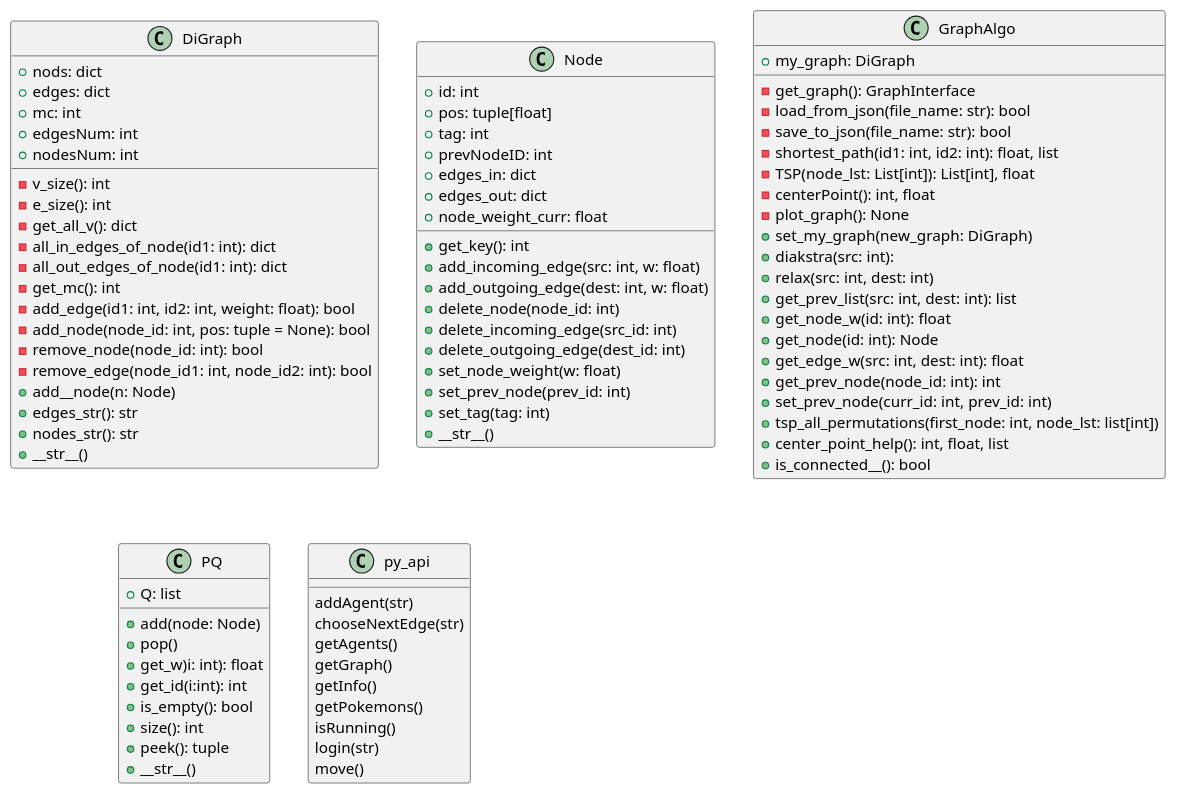
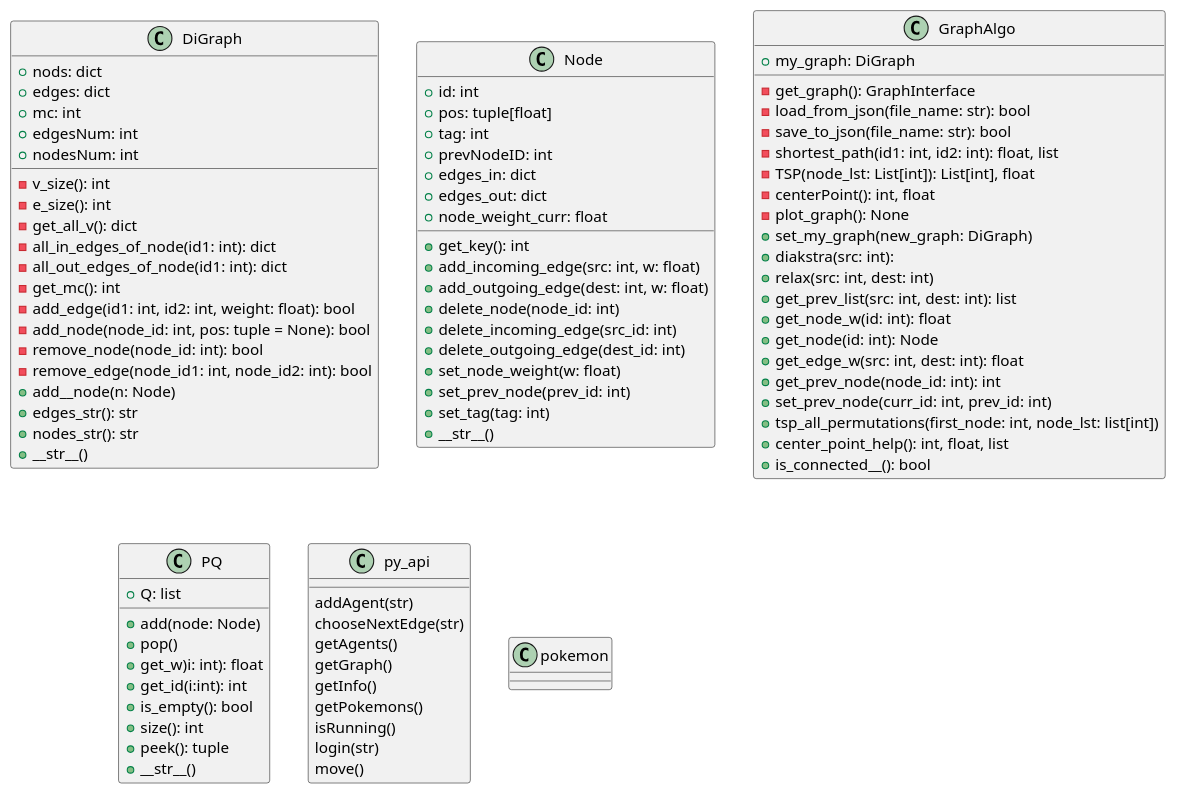
One commit to Matanel1995/OOP-Ex4-Pokemon-Game changed the diagram in docs/OOP_Ex4_uml.puml. Above: the diagram before and after it, drawn with PlantUML. The commit also changed 1 other file, not shown here.

```diff
--- a/docs/OOP_Ex4_uml.puml
+++ b/docs/OOP_Ex4_uml.puml
@@ -2,96 +2,100 @@
 @startuml
 
 
 class DiGraph{
 +nods: dict
 +edges: dict
 +mc: int
 +edgesNum: int
 +nodesNum: int
 -v_size(): int
 -e_size(): int
 -get_all_v(): dict
 -all_in_edges_of_node(id1: int): dict
 -all_out_edges_of_node(id1: int): dict
 -get_mc(): int
 -add_edge(id1: int, id2: int, weight: float): bool
 -add_node(node_id: int, pos: tuple = None): bool
 -remove_node(node_id: int): bool
 -remove_edge(node_id1: int, node_id2: int): bool
 +add__node(n: Node)
 +edges_str(): str
 +nodes_str(): str
 +__str__()
 }
 
 class Node{
 +id: int
 +pos: tuple[float]
 +tag: int
 +prevNodeID: int
 +edges_in: dict
 +edges_out: dict
 +node_weight_curr: float
 +get_key(): int
 +add_incoming_edge(src: int, w: float)
 +add_outgoing_edge(dest: int, w: float)
 +delete_node(node_id: int)
 +delete_incoming_edge(src_id: int)
 +delete_outgoing_edge(dest_id: int)
 +set_node_weight(w: float)
 +set_prev_node(prev_id: int)
 +set_tag(tag: int)
 +__str__()
 }
 
 class GraphAlgo{
 +my_graph: DiGraph
 -get_graph(): GraphInterface
 -load_from_json(file_name: str): bool
 -save_to_json(file_name: str): bool
 -shortest_path(id1: int, id2: int): float, list
 -TSP(node_lst: List[int]): List[int], float
 -centerPoint(): int, float
 -plot_graph(): None
 +set_my_graph(new_graph: DiGraph)
 +diakstra(src: int):
 +relax(src: int, dest: int)
 +get_prev_list(src: int, dest: int): list
 +get_node_w(id: int): float
 +get_node(id: int): Node
 '+get_node_tag(id: int): int
 '+set_node_tag(id: int, tag)
 '+set_path_w(id: int, w: float)
 +get_edge_w(src: int, dest: int): float
 +get_prev_node(node_id: int): int
 +set_prev_node(curr_id: int, prev_id: int)
 +tsp_all_permutations(first_node: int, node_lst: list[int])
 +center_point_help(): int, float, list
 +is_connected__(): bool
 }
 
 class PQ{
 +Q: list
 +add(node: Node)
 +pop()
 +get_w)i: int): float
 +get_id(i:int): int
 +is_empty(): bool
 +size(): int
 +peek(): tuple
 +__str__()
 }
 
 class py_api{
 addAgent(str)
 chooseNextEdge(str)
 getAgents()
 getGraph()
 getInfo()
 getPokemons()
 isRunning()
 login(str)
 move()
 }
 
+class pokemon{
+
+}
+
 @enduml
```
